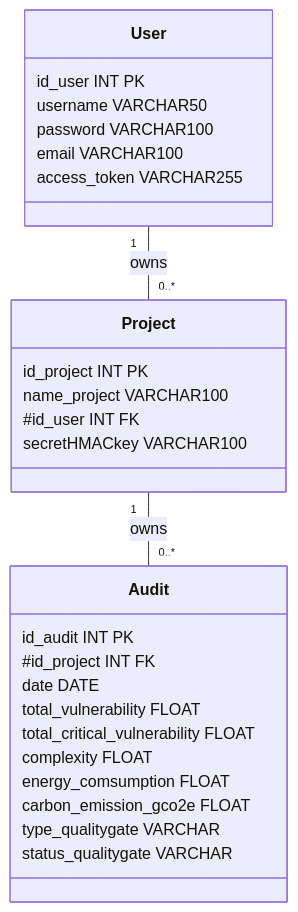
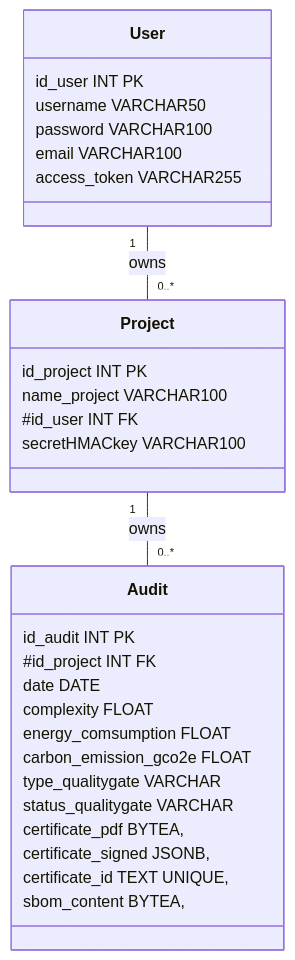
Before and after one commit to galahade-ncl/ensai-it-project-2a-team34: the diagram in doc/diagramme_phys_donnees.md, drawn with Mermaid. The commit also changed 2 other files, not shown here.

Commit message:
diagramme physique de données

````diff
--- a/doc/diagramme_phys_donnees.md
+++ b/doc/diagramme_phys_donnees.md
@@ -17,36 +17,38 @@
 ```mermaid
 classDiagram
     %% Business objects
     class User {
         id_user INT PK
         username VARCHAR50
         password VARCHAR100
         email VARCHAR100
         access_token VARCHAR255
     }
 
     class Project {
         id_project INT PK
         name_project VARCHAR100
         #id_user INT FK
         secretHMACkey VARCHAR100
     }
 
     class Audit {
         id_audit INT PK
         #id_project INT FK
         date DATE
-        total_vulnerability FLOAT
-        total_critical_vulnerability FLOAT
         complexity FLOAT
         energy_comsumption FLOAT
         carbon_emission_gco2e FLOAT
         type_qualitygate VARCHAR
         status_qualitygate VARCHAR
+        certificate_pdf BYTEA,
+        certificate_signed JSONB,
+        certificate_id TEXT UNIQUE,
+        sbom_content BYTEA,
     }
 
     %% Relationships
     User "1" -- "0..*" Project : owns
     Project "1" -- "0..*" Audit : owns
 
 ```
````
